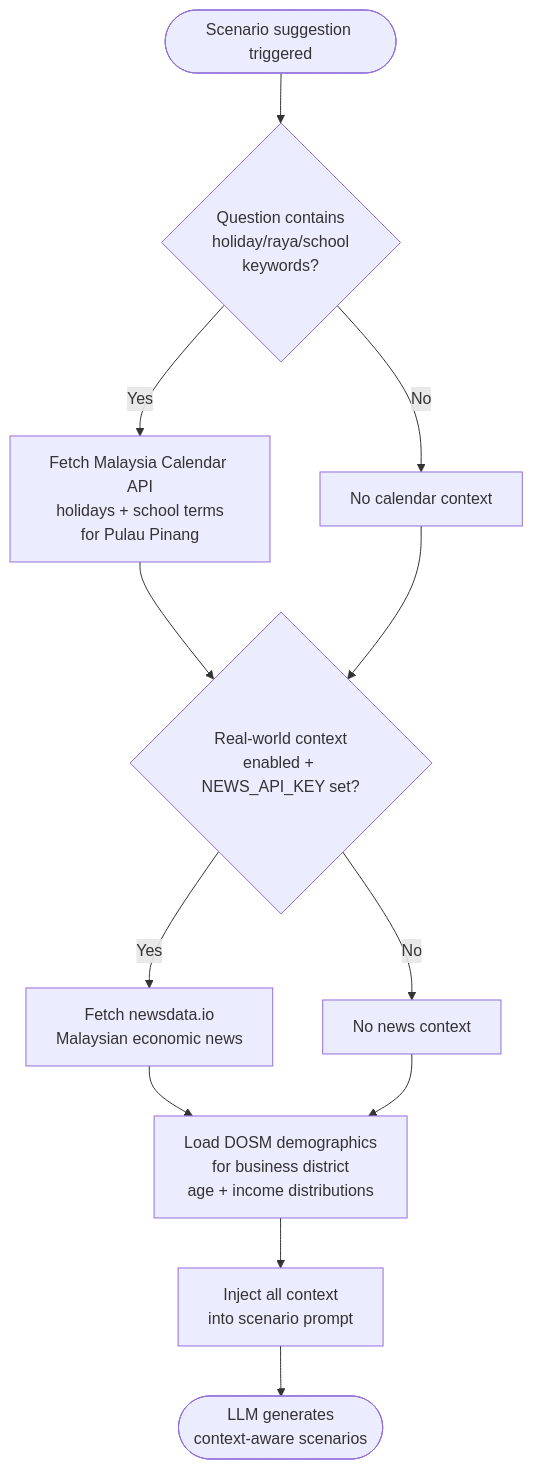
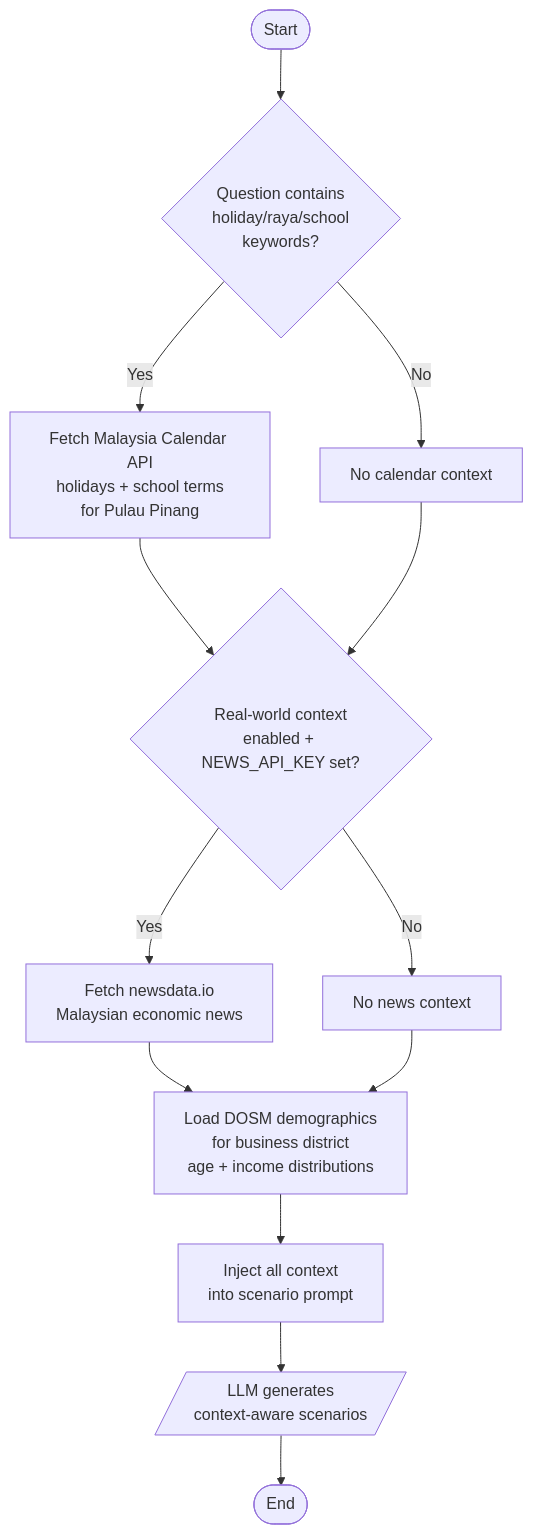
One commit to shuichi2344/ARIA changed the tenth of 11 diagrams in docs/SYSTEM_FLOWCHARTS.md. Above: the diagram before and after it, drawn with Mermaid. The commit also changed other lines of this file, not shown here.

Commit message:
update system flowchart

````diff
--- a/docs/SYSTEM_FLOWCHARTS.md
+++ b/docs/SYSTEM_FLOWCHARTS.md
@@ -290,21 +305,22 @@
 ```mermaid
 flowchart TD
-    Start([Scenario suggestion triggered]) --> Keywords{Question contains<br/>holiday/raya/school<br/>keywords?}
+    Start([Start]) --> Keywords{Question contains<br/>holiday/raya/school<br/>keywords?}
     
     %% --- Calendar ---
     Keywords -->|Yes| Calendar[Fetch Malaysia Calendar API<br/>holidays + school terms<br/>for Pulau Pinang]
     Keywords -->|No| SkipCal[No calendar context]
     
     %% --- News ---
     Calendar --> NewsCheck
     SkipCal --> NewsCheck{Real-world context<br/>enabled + NEWS_API_KEY set?}
     NewsCheck -->|Yes| News[Fetch newsdata.io<br/>Malaysian economic news]
     NewsCheck -->|No| SkipNews[No news context]
     
     %% --- Demographics ---
     News --> DOSM
     SkipNews --> DOSM[Load DOSM demographics<br/>for business district<br/>age + income distributions]
     
     DOSM --> Inject[Inject all context<br/>into scenario prompt]
-    Inject --> Done([LLM generates<br/>context-aware scenarios])
+    Inject --> Done[/LLM generates<br/>context-aware scenarios/]
+    Done --> End([End])
 ```
````
